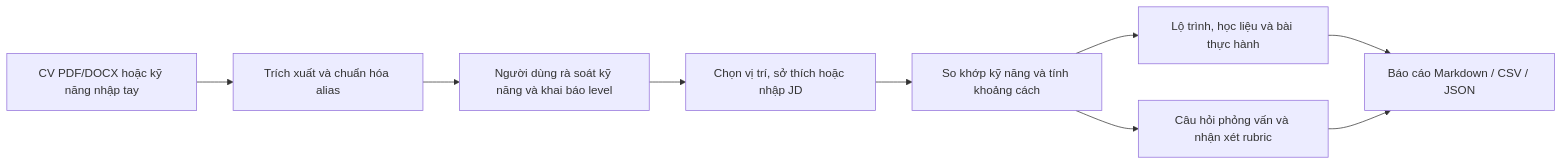
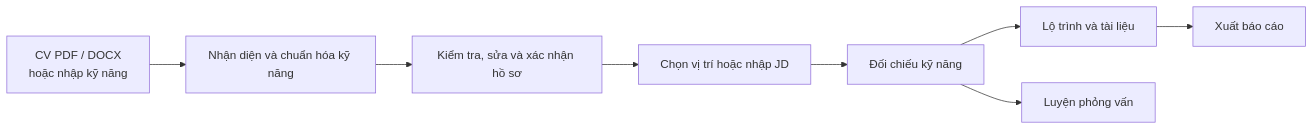
Before and after one commit to LinhLaSieuSao/AI-Career-Coach: the diagram in README.md, drawn with Mermaid. The commit also changed other lines of this file, not shown here.

````diff
--- a/README.md
+++ b/README.md
@@ -28,11 +26,10 @@
 ```mermaid
 flowchart LR
-    A[CV PDF/DOCX hoặc kỹ năng nhập tay] --> B[Trích xuất và chuẩn hóa alias]
-    B --> C[Người dùng rà soát kỹ năng và khai báo level]
-    C --> D[Chọn vị trí, sở thích hoặc nhập JD]
-    D --> E[So khớp kỹ năng và tính khoảng cách]
-    E --> F[Lộ trình, học liệu và bài thực hành]
-    E --> G[Câu hỏi phỏng vấn và nhận xét rubric]
-    F --> H[Báo cáo Markdown / CSV / JSON]
-    G --> H
+    A[CV PDF / DOCX<br/>hoặc nhập kỹ năng] --> B[Nhận diện và chuẩn hóa kỹ năng]
+    B --> C[Kiểm tra, sửa và xác nhận hồ sơ]
+    C --> D[Chọn vị trí hoặc nhập JD]
+    D --> E[Đối chiếu kỹ năng]
+    E --> F[Lộ trình và tài liệu]
+    E --> G[Luyện phỏng vấn]
+    F --> H[Xuất báo cáo]
 ```
````
